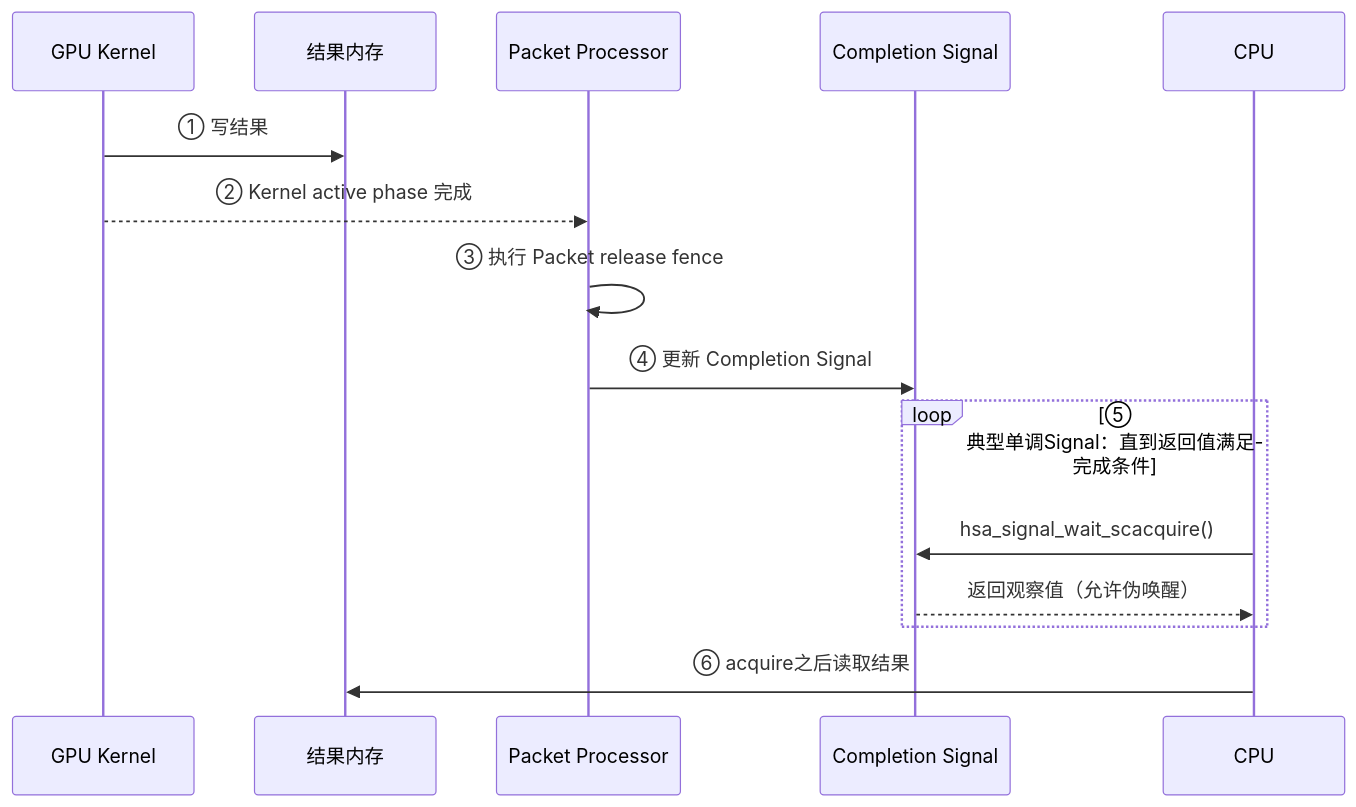
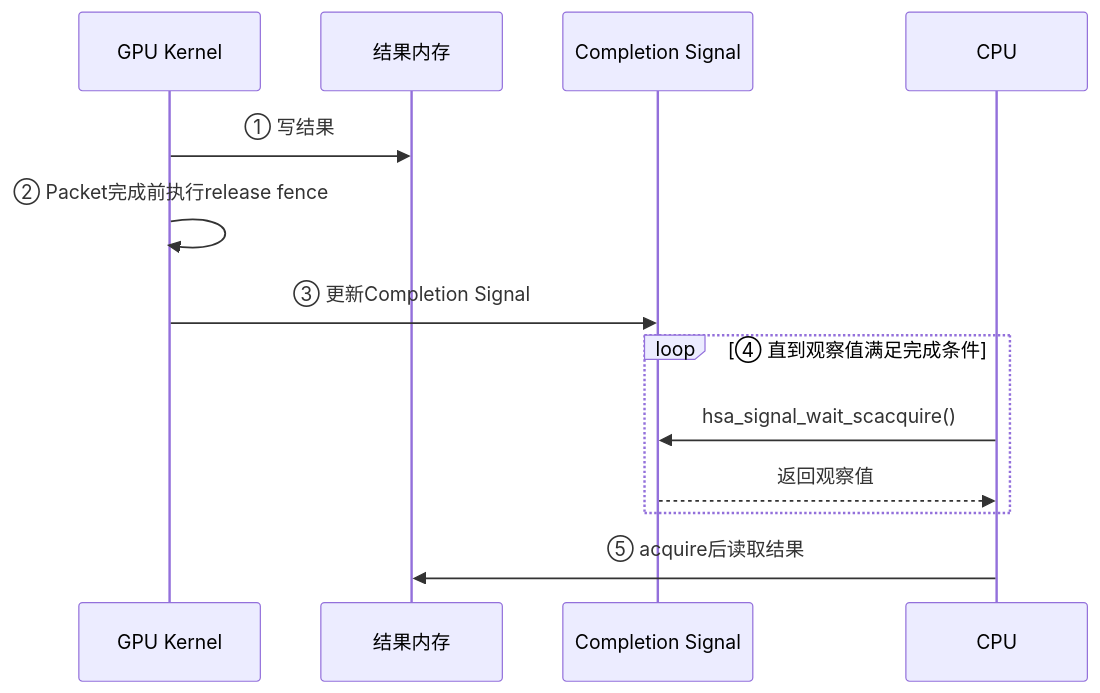
One commit to hxfei-git/gpu-study changed the third of 3 diagrams in 02_GPU 内存管理基础.md. Above: the diagram before and after it, drawn with Mermaid. The commit also changed other lines of this file and 6 other files, not shown here.

````diff
--- a/02_GPU 内存管理基础.md
+++ b/02_GPU 内存管理基础.md
@@ -5174,18 +7059,16 @@
 ```mermaid
 sequenceDiagram
     participant G as GPU Kernel
     participant M as 结果内存
-    participant P as Packet Processor
     participant S as Completion Signal
     participant C as CPU
 
     G->>M: ① 写结果
-    G-->>P: ② Kernel active phase 完成
-    P->>P: ③ 执行 Packet release fence
-    P->>S: ④ 更新 Completion Signal
-    loop ⑤ 典型单调Signal：直到返回值满足完成条件
+    G->>G: ② Packet完成前执行release fence
+    G->>S: ③ 更新Completion Signal
+    loop ④ 直到观察值满足完成条件
         C->>S: hsa_signal_wait_scacquire()
-        S-->>C: 返回观察值（允许伪唤醒）
+        S-->>C: 返回观察值
     end
-    C->>M: ⑥ acquire之后读取结果
+    C->>M: ⑤ acquire后读取结果
 ```
````
